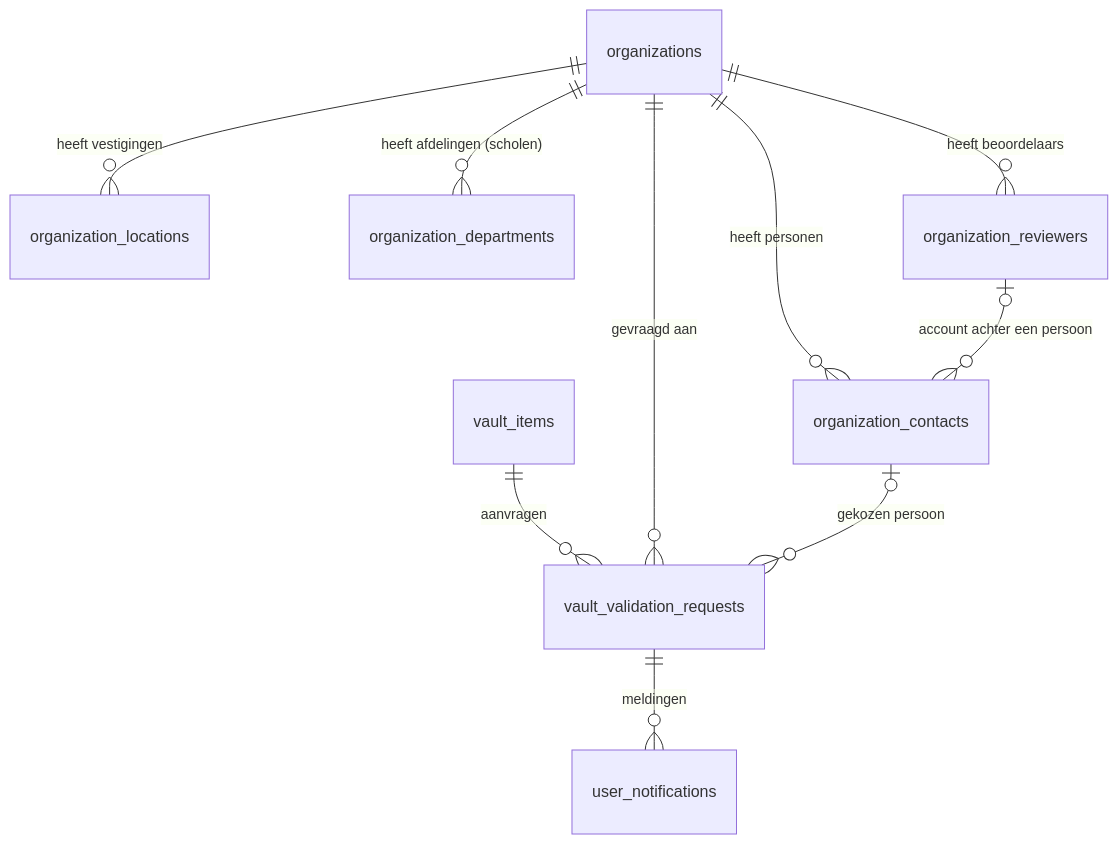
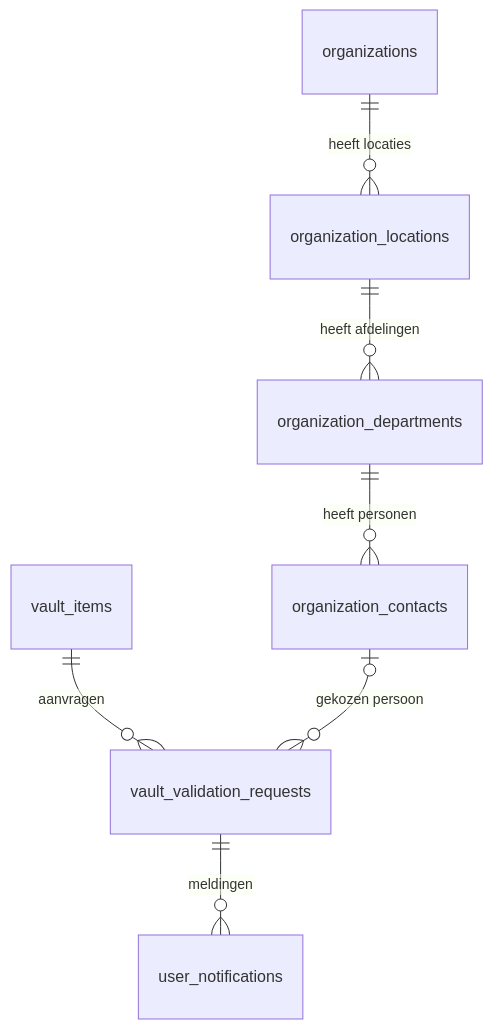
The diagram in docs/verificatie.md (iqrafarah/PAVE), drawn with Mermaid before and after one commit. The commit also changed other lines of this file and 21 other files, not shown here.

````diff
--- a/docs/verificatie.md
+++ b/docs/verificatie.md
@@ -25,12 +26,9 @@
 ```mermaid
 erDiagram
-    organizations ||--o{ organization_locations : "heeft vestigingen"
-    organizations ||--o{ organization_departments : "heeft afdelingen (scholen)"
-    organizations ||--o{ organization_contacts : "heeft personen"
-    organizations ||--o{ organization_reviewers : "heeft beoordelaars"
-    organization_reviewers |o--o{ organization_contacts : "account achter een persoon"
+    organizations ||--o{ organization_locations : "heeft locaties"
+    organization_locations ||--o{ organization_departments : "heeft afdelingen"
+    organization_departments ||--o{ organization_contacts : "heeft personen"
     vault_items ||--o{ vault_validation_requests : "aanvragen"
-    organizations ||--o{ vault_validation_requests : "gevraagd aan"
     organization_contacts |o--o{ vault_validation_requests : "gekozen persoon"
     vault_validation_requests ||--o{ user_notifications : "meldingen"
 ```
````
